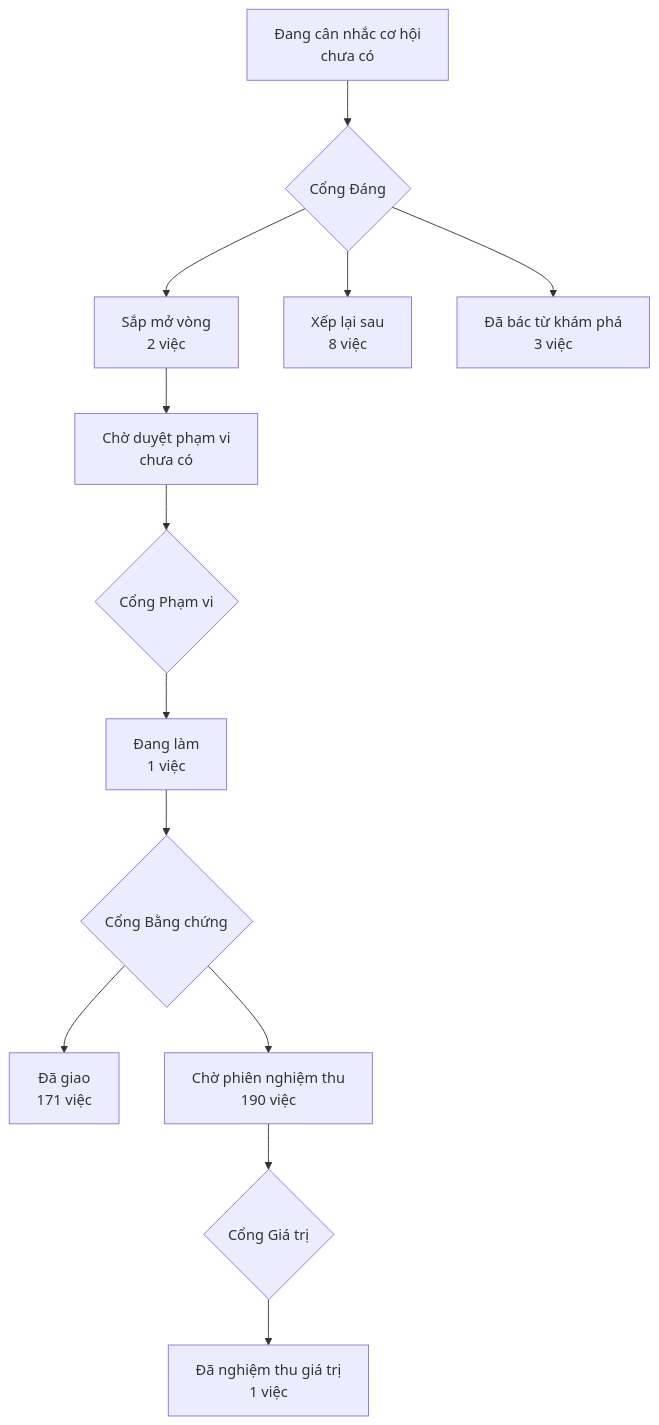
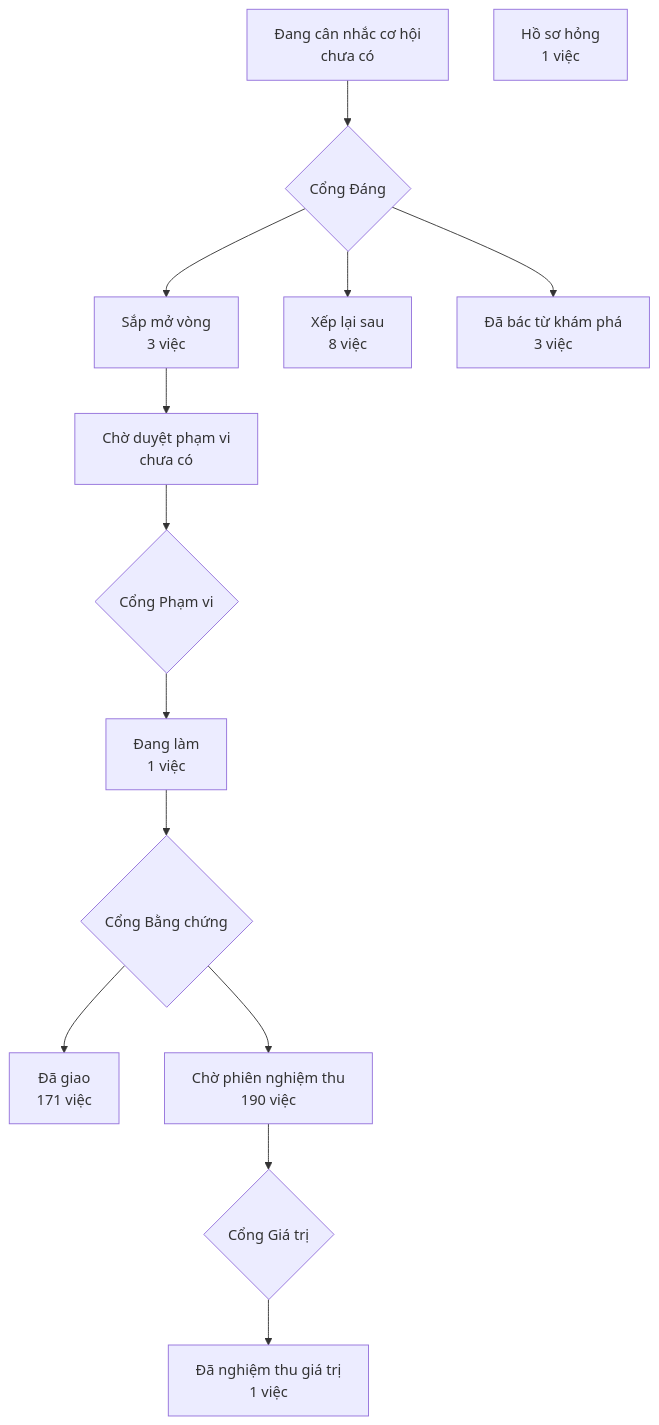
Before and after one commit to phanlemanh/crm-onehub: the diagram in PRODUCT-MAP.md, drawn with Mermaid. The commit also changed other lines of this file and 4 other files, not shown here.

````diff
--- a/PRODUCT-MAP.md
+++ b/PRODUCT-MAP.md
@@ -7,12 +7,13 @@
 ```mermaid
 flowchart TD
   A["Đang cân nhắc cơ hội<br/>chưa có"] --> GD{"Cổng Đáng"}
-  GD --> B["Sắp mở vòng<br/>2 việc"]
+  GD --> B["Sắp mở vòng<br/>3 việc"]
   GD --> XL["Xếp lại sau<br/>8 việc"]
   GD --> DB["Đã bác từ khám phá<br/>3 việc"]
   B --> CD["Chờ duyệt phạm vi<br/>chưa có"] --> GP{"Cổng Phạm vi"}
   GP --> DL["Đang làm<br/>1 việc"] --> GB{"Cổng Bằng chứng"}
   GB --> DG["Đã giao<br/>171 việc"]
   GB --> CN["Chờ phiên nghiệm thu<br/>190 việc"] --> GG{"Cổng Giá trị"}
   GG --> NT["Đã nghiệm thu giá trị<br/>1 việc"]
+  HS["Hồ sơ hỏng<br/>1 việc"]
 ```
````
